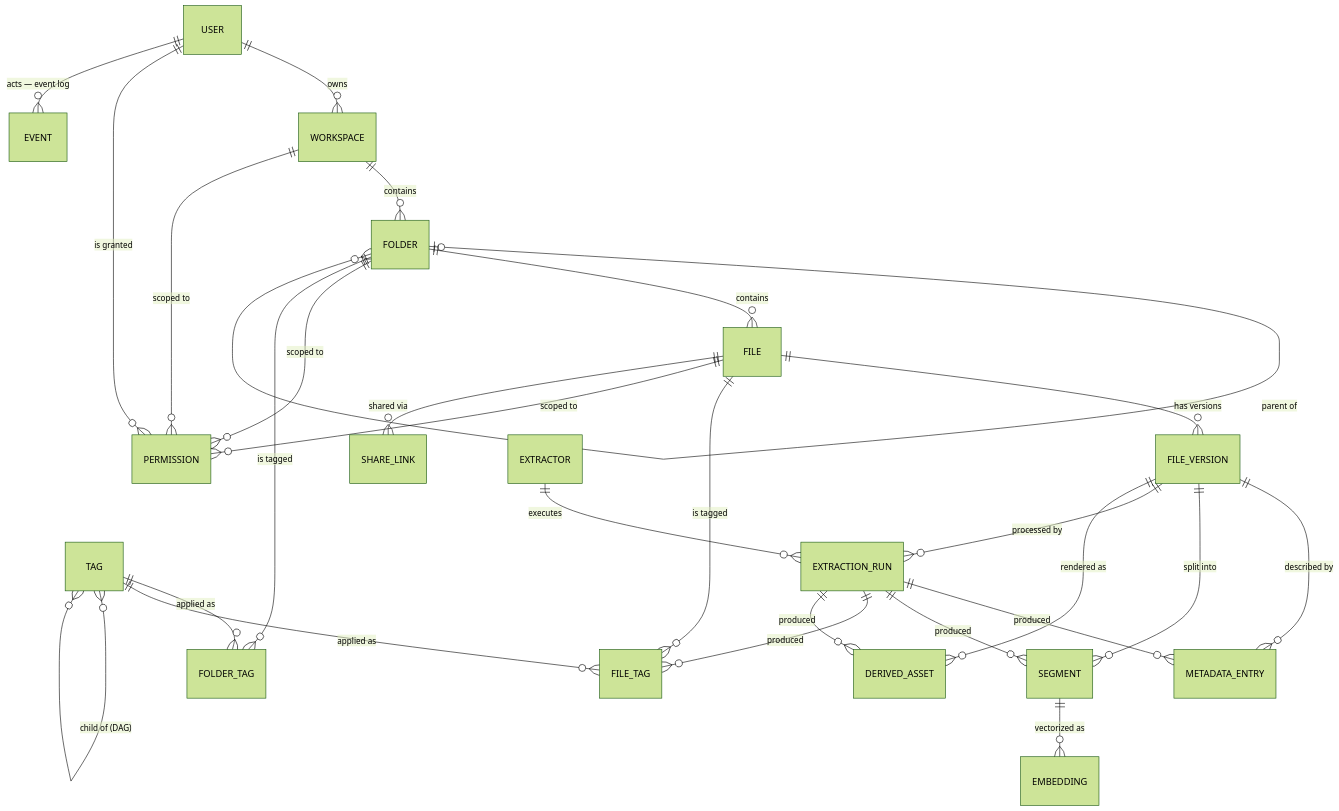
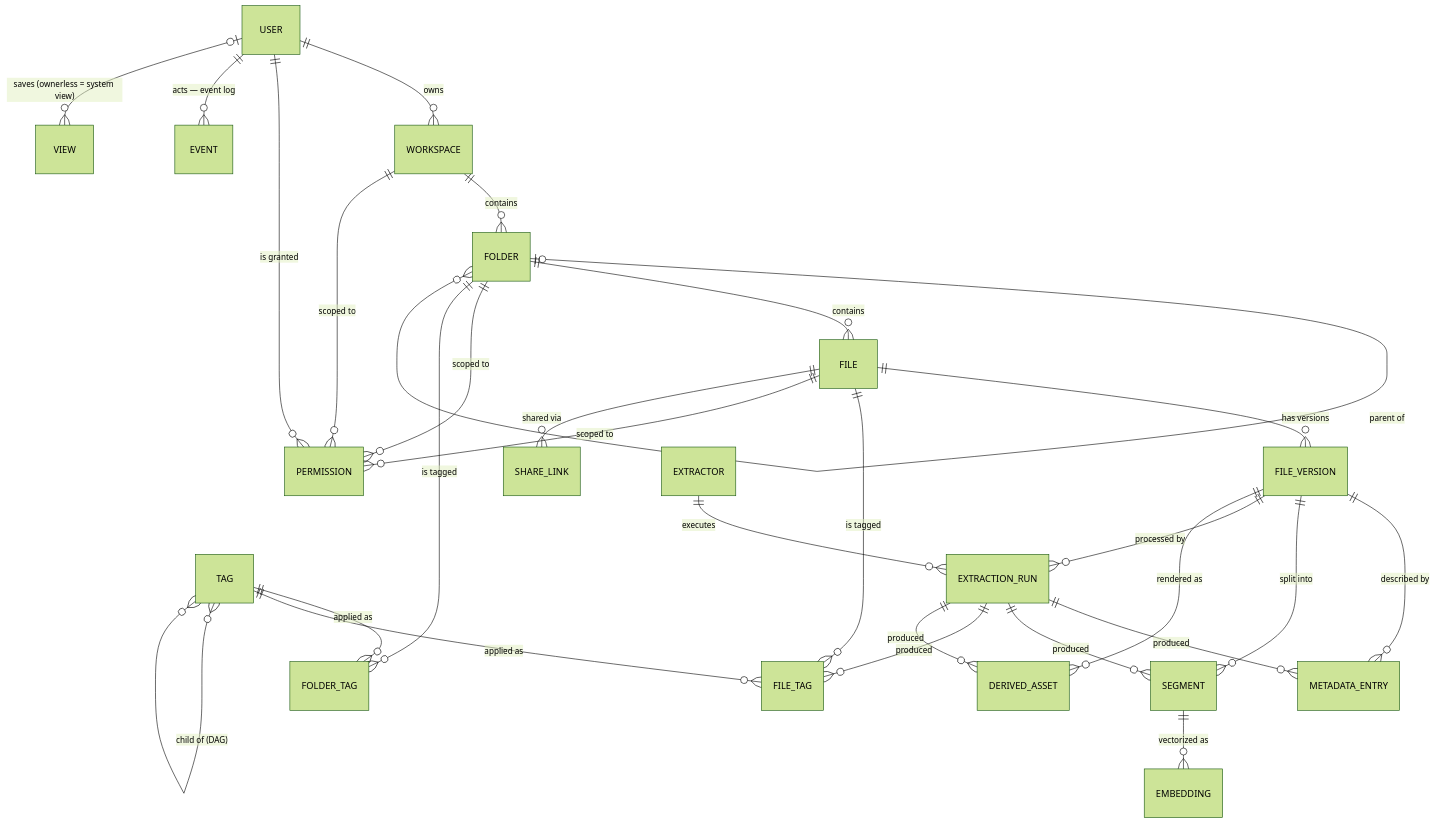
Before and after one commit to Andreas-Menzel/store-everything: the diagram in specs/02-domain-model.md, drawn with Mermaid (forest theme). The commit also changed other lines of this file and 7 other files, not shown here.

````diff
--- a/specs/02-domain-model.md
+++ b/specs/02-domain-model.md
@@ -8,29 +8,30 @@
 ```mermaid
 erDiagram
     USER ||--o{ WORKSPACE : owns
     USER ||--o{ PERMISSION : "is granted"
     WORKSPACE ||--o{ FOLDER : contains
     WORKSPACE ||--o{ PERMISSION : "scoped to"
     FOLDER |o--o{ FOLDER : "parent of"
     FOLDER ||--o{ FILE : contains
     FOLDER ||--o{ PERMISSION : "scoped to"
     FOLDER ||--o{ FOLDER_TAG : "is tagged"
     TAG ||--o{ FOLDER_TAG : "applied as"
     FILE ||--o{ FILE_VERSION : "has versions"
     FILE ||--o{ FILE_TAG : "is tagged"
     FILE ||--o{ PERMISSION : "scoped to"
     FILE ||--o{ SHARE_LINK : "shared via"
     TAG ||--o{ FILE_TAG : "applied as"
     TAG }o--o{ TAG : "child of (DAG)"
     USER ||--o{ EVENT : "acts — event log"
+    USER |o--o{ VIEW : "saves (ownerless = system view)"
     FILE_VERSION ||--o{ METADATA_ENTRY : "described by"
     FILE_VERSION ||--o{ SEGMENT : "split into"
     FILE_VERSION ||--o{ EXTRACTION_RUN : "processed by"
     FILE_VERSION ||--o{ DERIVED_ASSET : "rendered as"
     SEGMENT ||--o{ EMBEDDING : "vectorized as"
     EXTRACTION_RUN ||--o{ METADATA_ENTRY : produced
     EXTRACTION_RUN ||--o{ SEGMENT : produced
     EXTRACTION_RUN ||--o{ FILE_TAG : produced
     EXTRACTION_RUN ||--o{ DERIVED_ASSET : produced
     EXTRACTOR ||--o{ EXTRACTION_RUN : executes
 ```
````
